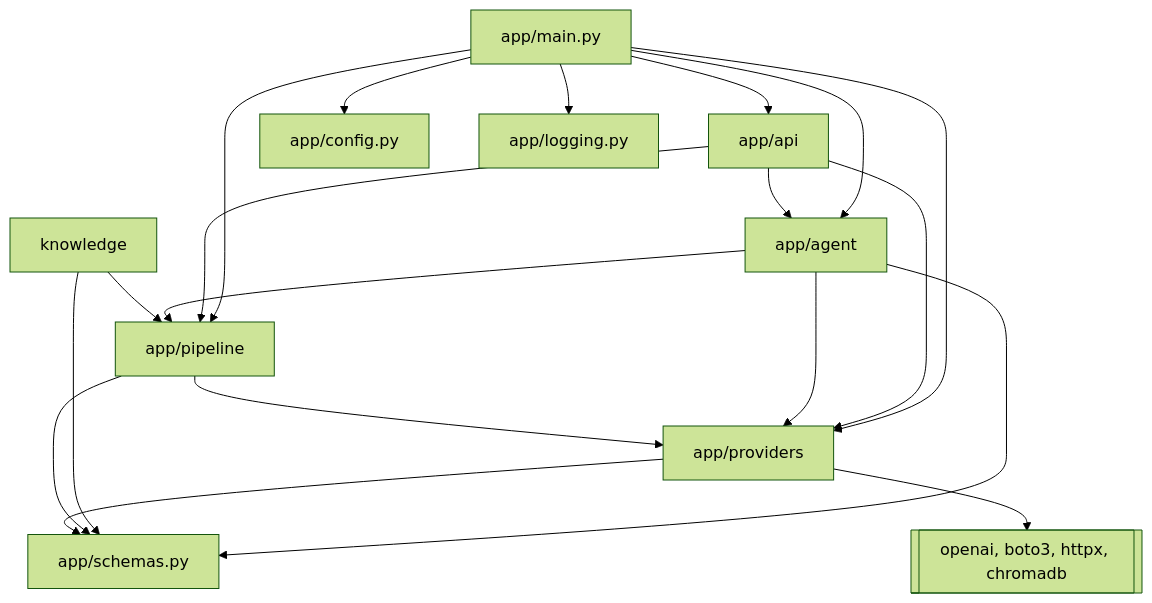
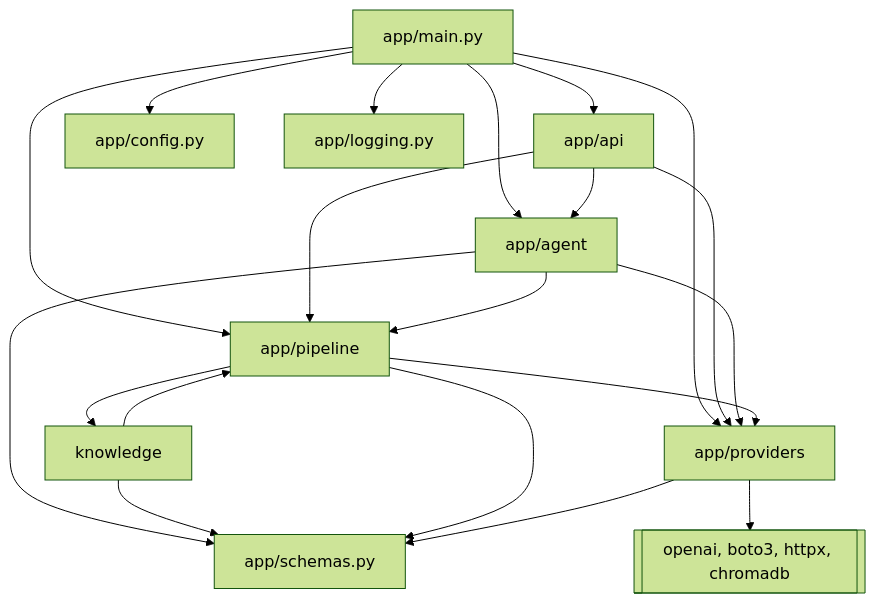
One commit to monitus2022/owl-online changed the second of 6 diagrams in docs/architecture.md. Above: the diagram before and after it, drawn with Mermaid (forest theme). The commit also changed other lines of this file and 16 other files, not shown here.

````diff
--- a/docs/architecture.md
+++ b/docs/architecture.md
@@ -168,21 +168,22 @@
 ```mermaid
 flowchart TD
   main[app/main.py] --> api[app/api]
   main --> agent[app/agent]
   main --> pipeline[app/pipeline]
   main --> providers[app/providers]
   main --> config[app/config.py]
   main --> log[app/logging.py]
   api --> agent
   api --> pipeline
   api --> providers
   agent --> pipeline
+  pipeline --> knowledge
   agent --> providers
   agent --> schemas
   knowledge --> pipeline
   knowledge --> schemas
   pipeline --> providers
   pipeline --> schemas[app/schemas.py]
   providers --> schemas
   providers --> sdk[[openai, boto3, httpx, chromadb]]
 ```
````
